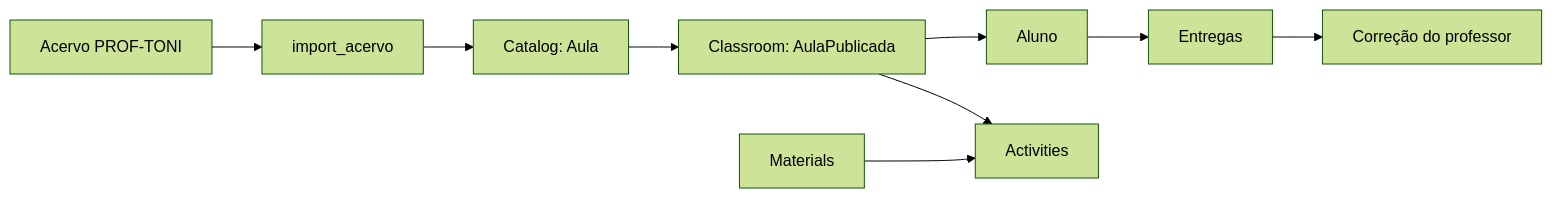
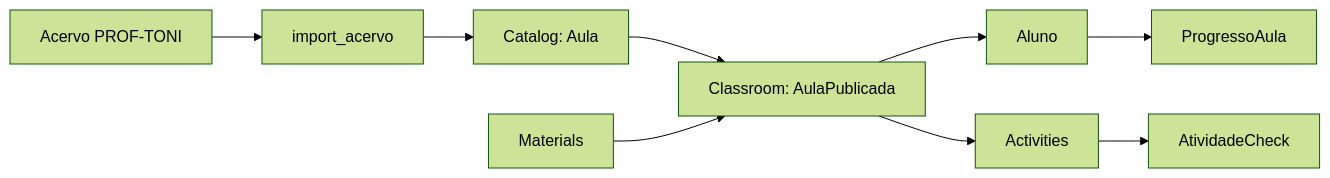
One commit to elvertoni/professorDash2.0 changed the first of 2 diagrams in docs/arquitetura.md. Above: the diagram before and after it, drawn with Mermaid (forest theme). The commit also changed other lines of this file and 10 other files, not shown here.

````diff
--- a/docs/arquitetura.md
+++ b/docs/arquitetura.md
@@ -5,11 +5,11 @@
 ```mermaid
 flowchart LR
     acervo[Acervo PROF-TONI] --> command[import_acervo]
     command --> catalog[Catalog: Aula]
     catalog --> classroom[Classroom: AulaPublicada]
     classroom --> student[Aluno]
     classroom --> activities[Activities]
-    materials[Materials] --> activities
-    student --> submissions[Entregas]
-    submissions --> correction[Correção do professor]
+    materials[Materials] --> classroom
+    activities --> checks[AtividadeCheck]
+    student --> progress[ProgressoAula]
 ```
````
